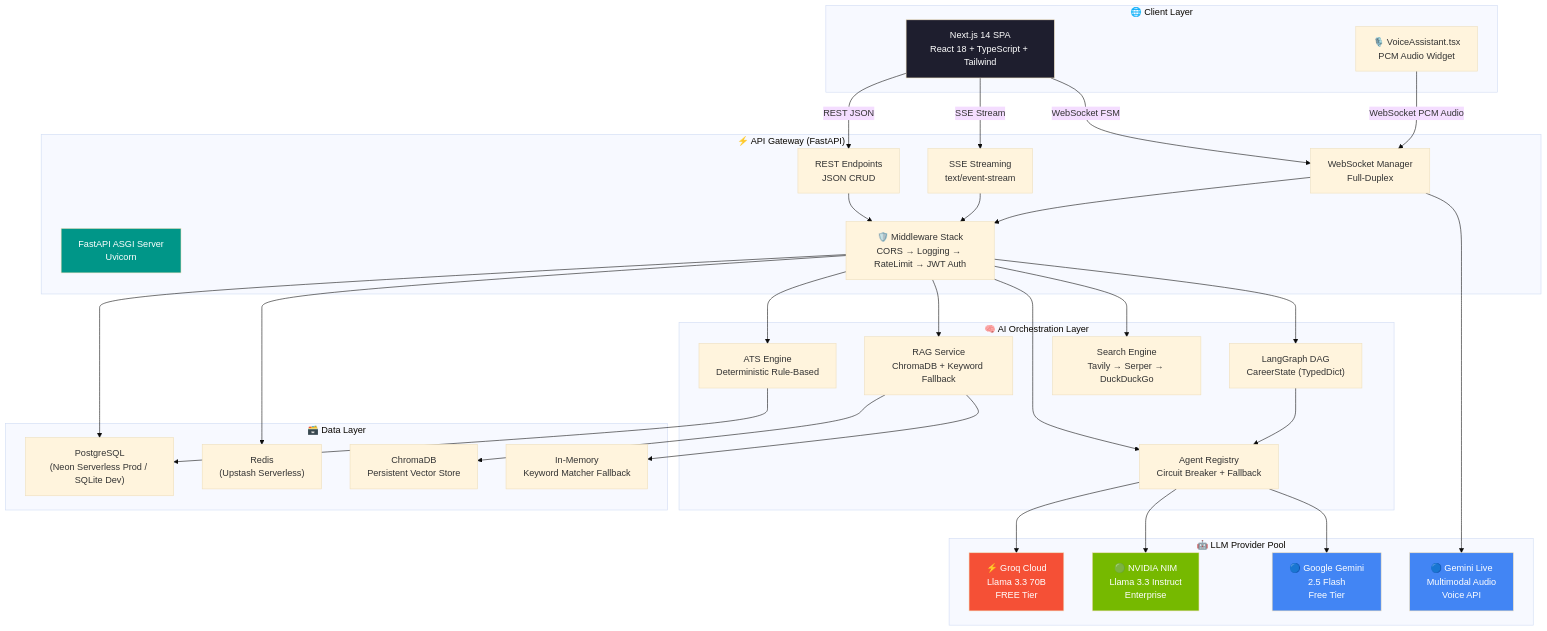
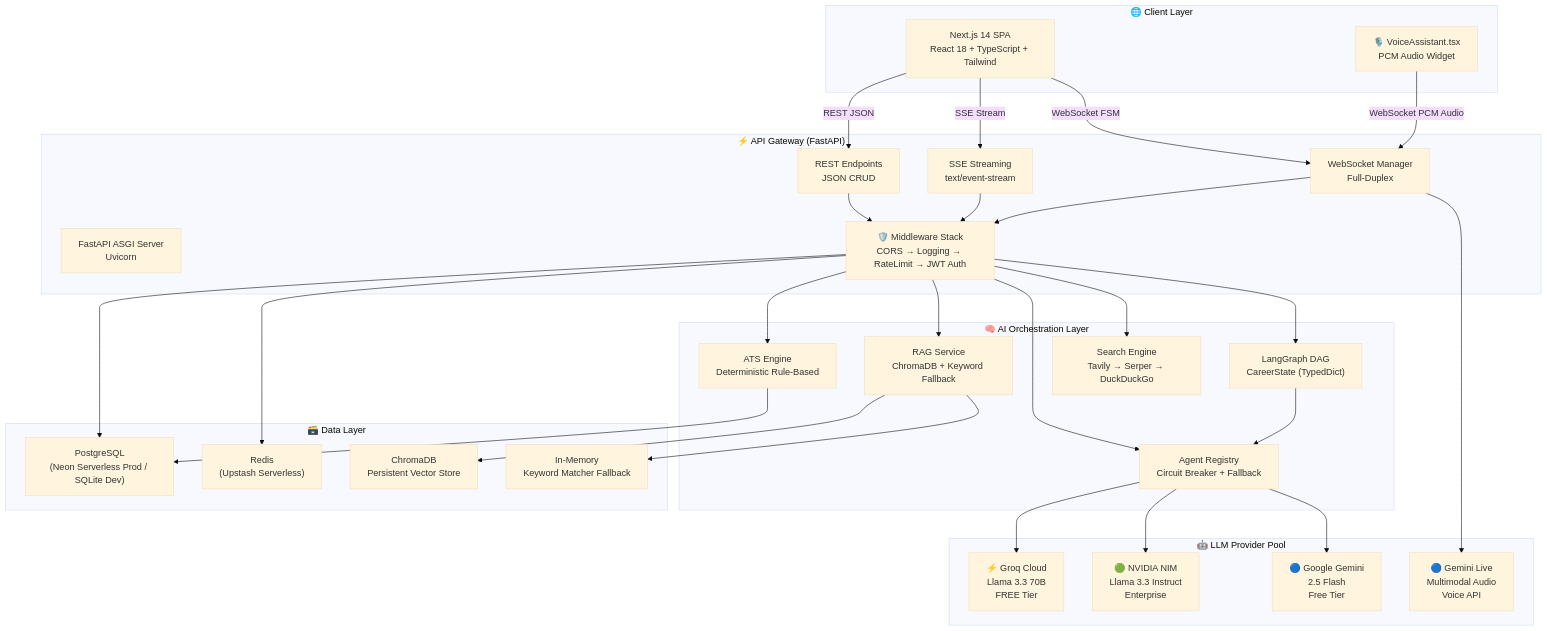
The first of 3 diagrams in README.md (Anil-Pradhan-web/ai-career-mentor), drawn with Mermaid (base theme) before and after one commit. The commit also changed other lines of this file, not shown here.

````diff
--- a/README.md
+++ b/README.md
@@ -133,60 +124,53 @@
 ```mermaid
 graph TB
     subgraph "🌐 Client Layer"
         UI["Next.js 14 SPA<br/>React 18 + TypeScript + Tailwind"]
         VC["🎙️ VoiceAssistant.tsx<br/>PCM Audio Widget"]
     end
 
     subgraph "⚡ API Gateway (FastAPI)"
         GATEWAY["FastAPI ASGI Server<br/>Uvicorn"]
         API["REST Endpoints<br/>JSON CRUD"]
         SSE["SSE Streaming<br/>text/event-stream"]
         WS["WebSocket Manager<br/>Full-Duplex"]
         MID["🛡️ Middleware Stack<br/>CORS → Logging → RateLimit → JWT Auth"]
     end
 
     subgraph "🧠 AI Orchestration Layer"
         LANG["LangGraph DAG<br/>CareerState (TypedDict)"]
         REG["Agent Registry<br/>Circuit Breaker + Fallback"]
         ATS["ATS Engine<br/>Deterministic Rule-Based"]
         RAG["RAG Service<br/>ChromaDB + Keyword Fallback"]
         SE["Search Engine<br/>Tavily → Serper → DuckDuckGo"]
     end
 
     subgraph "🤖 LLM Provider Pool"
         GROQ["⚡ Groq Cloud<br/>Llama 3.3 70B<br/>FREE Tier"]
         NVD["🟢 NVIDIA NIM<br/>Llama 3.3 Instruct<br/>Enterprise"]
         GEM["🔵 Google Gemini<br/>2.5 Flash<br/>Free Tier"]
         GML["🔵 Gemini Live<br/>Multimodal Audio<br/>Voice API"]
     end
 
     subgraph "🗃️ Data Layer"
         PG["PostgreSQL<br/>(Neon Serverless Prod / SQLite Dev)"]
         RD["Redis<br/>(Upstash Serverless)"]
         CD["ChromaDB<br/>Persistent Vector Store"]
         MEM["In-Memory<br/>Keyword Matcher Fallback"]
     end
 
     UI -->|"REST JSON"| API
     UI -->|"SSE Stream"| SSE
     UI -->|"WebSocket FSM"| WS
     VC -->|"WebSocket PCM Audio"| WS
     
     API & SSE & WS --> MID
     MID --> LANG & REG & ATS & RAG & SE
     
     LANG --> REG
     REG --> GROQ & NVD & GEM
     WS --> GML
     
     MID --> PG & RD
     RAG --> CD & MEM
     ATS --> PG
-    
-    style UI fill:#1e1e2e,color:#fff
-    style GATEWAY fill:#009688,color:#fff
-    style GROQ fill:#F55036,color:#fff
-    style NVD fill:#76B900,color:#fff
-    style GEM fill:#4285F4,color:#fff
-    style GML fill:#4285F4,color:#fff
 ```
````
